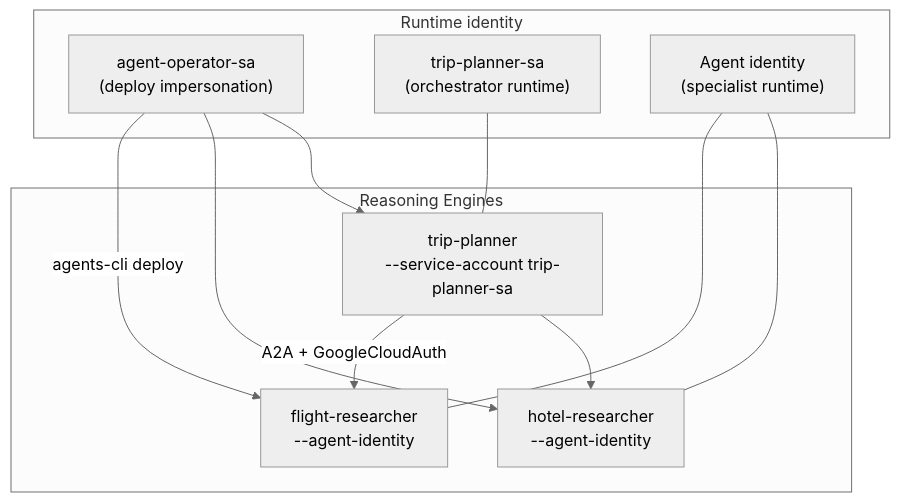
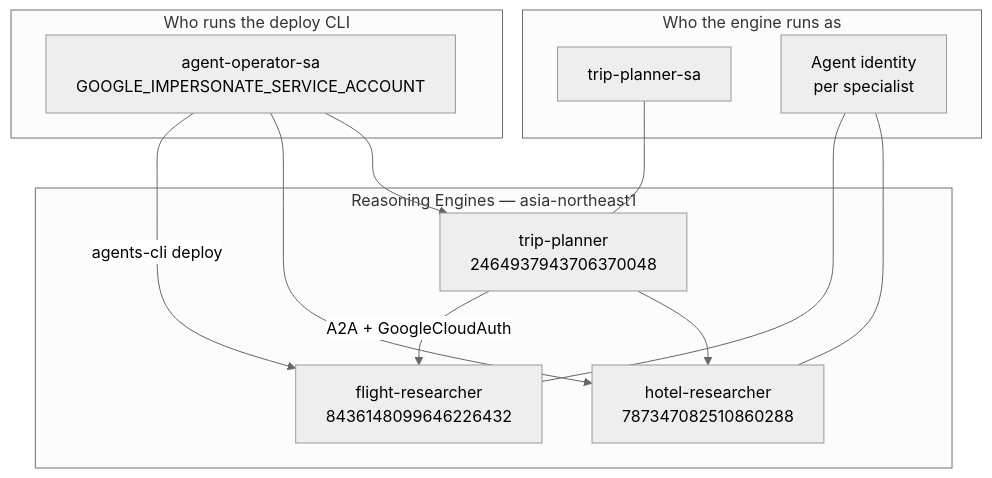
One commit to yu-iskw/agent-cli-demo changed the sixth of 7 diagrams in docs/guides/02-iam-deploy.md. Above: the diagram before and after it, drawn with Mermaid (neutral theme). The commit also changed other lines of this file and 22 other files, not shown here.

````diff
--- a/docs/guides/02-iam-deploy.md
+++ b/docs/guides/02-iam-deploy.md
@@ -34,23 +176,26 @@
 ```mermaid
 flowchart TB
-  subgraph Identity["Runtime identity"]
-    Op["agent-operator-sa<br/>(deploy impersonation)"]
-    TPSA["trip-planner-sa<br/>(orchestrator runtime)"]
-    AI["Agent identity<br/>(specialist runtime)"]
+  subgraph Identity["Who runs the deploy CLI"]
+    Op["agent-operator-sa<br/>GOOGLE_IMPERSONATE_SERVICE_ACCOUNT"]
   end
 
-  subgraph Engines["Reasoning Engines"]
-    FR["flight-researcher<br/>--agent-identity"]
-    HR["hotel-researcher<br/>--agent-identity"]
-    TP["trip-planner<br/>--service-account trip-planner-sa"]
+  subgraph Runtime["Who the engine runs as"]
+    TPSA["trip-planner-sa"]
+    AI["Agent identity<br/>per specialist"]
+  end
+
+  subgraph Engines["Reasoning Engines — asia-northeast1"]
+    FR["flight-researcher<br/>8436148099646226432"]
+    HR["hotel-researcher<br/>787347082510860288"]
+    TP["trip-planner<br/>2464937943706370048"]
   end
 
   Op -->|"agents-cli deploy"| FR
   Op --> HR
   Op --> TP
   AI --- FR
   AI --- HR
   TPSA --- TP
   TP -->|"A2A + GoogleCloudAuth"| FR
   TP --> HR
 ```
````
